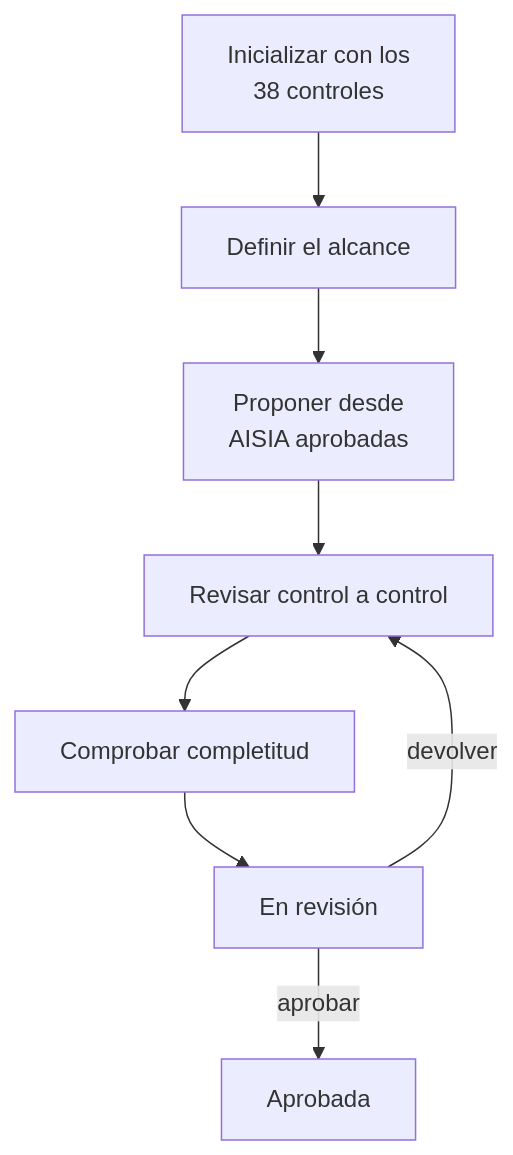
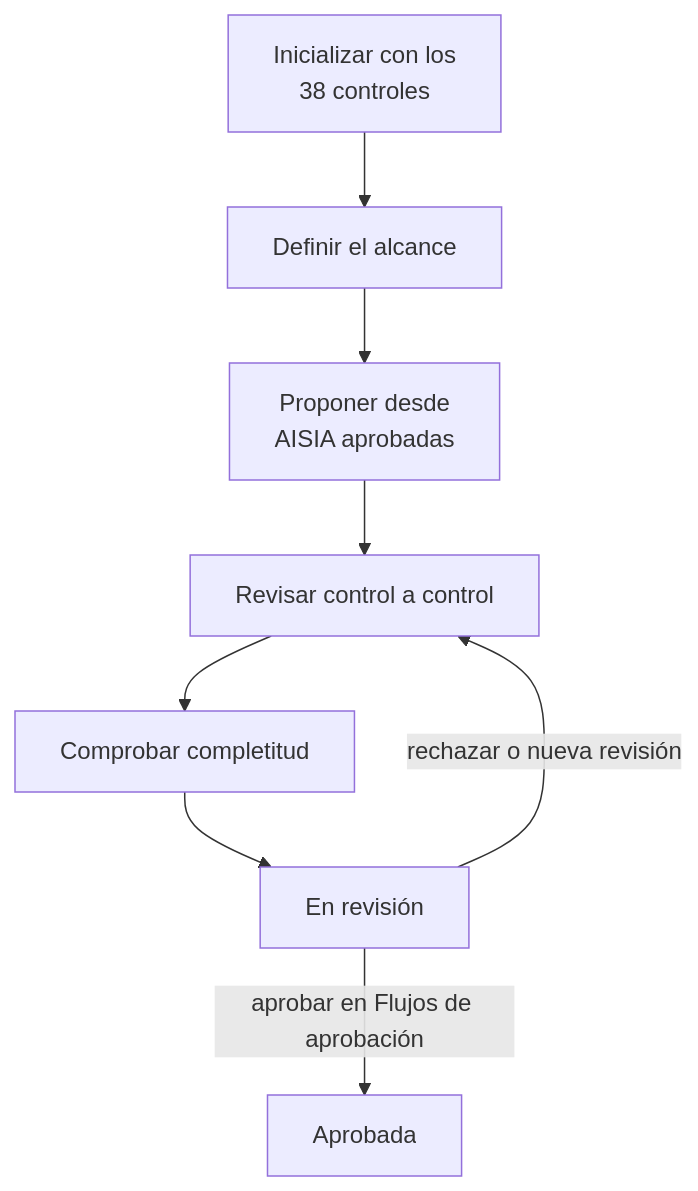
One commit to albarracingarciap/fluxion-saas changed the diagram in docs/negocio/declaracion-aplicabilidad.md. Above: the diagram before and after it, drawn with Mermaid. The commit also changed other lines of this file and 37 other files, not shown here.

````diff
--- a/docs/negocio/declaracion-aplicabilidad.md
+++ b/docs/negocio/declaracion-aplicabilidad.md
@@ -63,10 +67,10 @@
 ```mermaid
 flowchart TD
   A[Inicializar con los<br/>38 controles] --> B[Definir el alcance]
   B --> C[Proponer desde<br/>AISIA aprobadas]
   C --> D[Revisar control a control]
   D --> E[Comprobar completitud]
   E --> F[En revisión]
-  F -->|aprobar| G[Aprobada]
-  F -->|devolver| D
+  F -->|aprobar en Flujos de aprobación| G[Aprobada]
+  F -->|rechazar o nueva revisión| D
 ```
````
